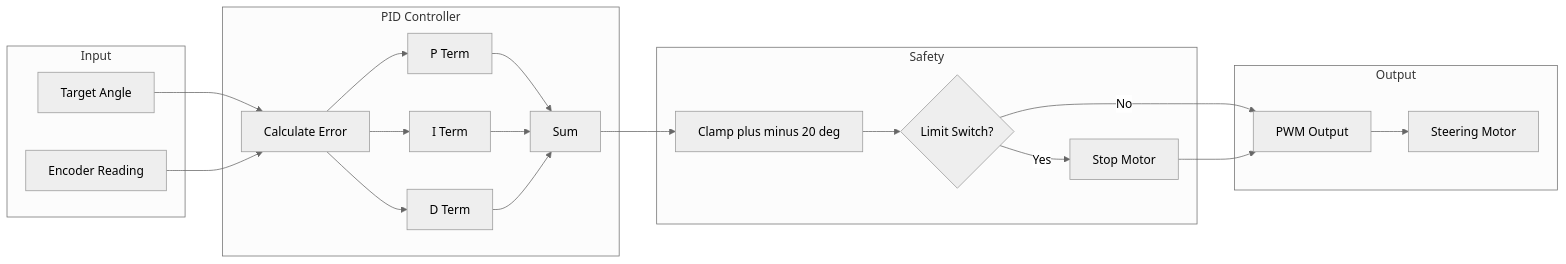
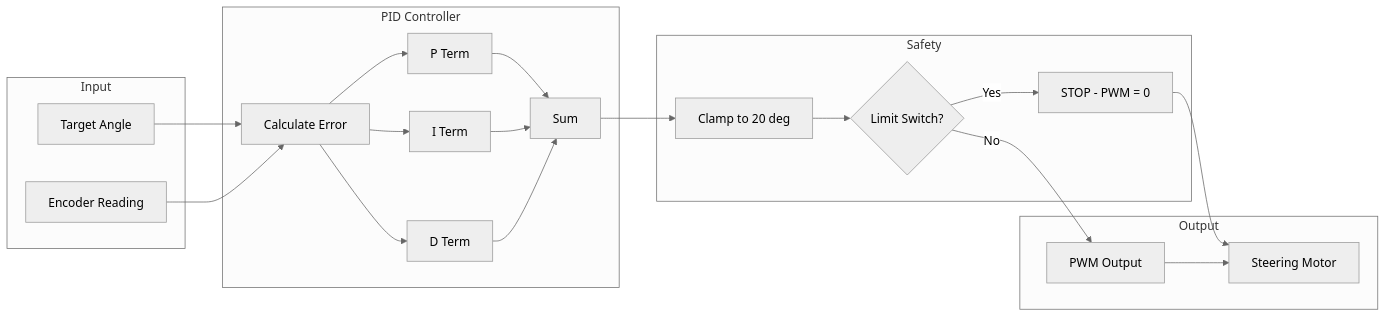
One commit to KashmeeraTT/Ackerman_UGV changed diagram 11 of 13 in SYSTEM_DOCUMENTATION.md. Above: the diagram before and after it, drawn with Mermaid (neutral theme). The commit also changed other lines of this file and 2 other files, not shown here.

Commit message:
docs: Update system architecture diagrams, topic flows, and configuration parameters, including robot kinematics and controller settings.

````diff
--- a/SYSTEM_DOCUMENTATION.md
+++ b/SYSTEM_DOCUMENTATION.md
@@ -511,41 +506,41 @@
 ```mermaid
 flowchart LR
     subgraph Input[Input]
         TARGET[Target Angle]
         ENCODER[Encoder Reading]
     end
     
     subgraph PID[PID Controller]
         ERROR[Calculate Error]
         P[P Term]
         I[I Term]
         D[D Term]
         SUM[Sum]
     end
     
     subgraph Safety[Safety]
-        CLAMP[Clamp plus minus 20 deg]
+        CLAMP[Clamp to 20 deg]
         LIMIT{Limit Switch?}
-        STOP[Stop Motor]
+        STOP[STOP - PWM = 0]
     end
     
     subgraph Output[Output]
         PWM[PWM Output]
         MOTOR[Steering Motor]
     end
     
     TARGET --> ERROR
     ENCODER --> ERROR
     ERROR --> P
     ERROR --> I
     ERROR --> D
     P --> SUM
     I --> SUM
     D --> SUM
     SUM --> CLAMP
     CLAMP --> LIMIT
     LIMIT -->|Yes| STOP
     LIMIT -->|No| PWM
-    STOP --> PWM
+    STOP --> MOTOR
     PWM --> MOTOR
 ```
````
